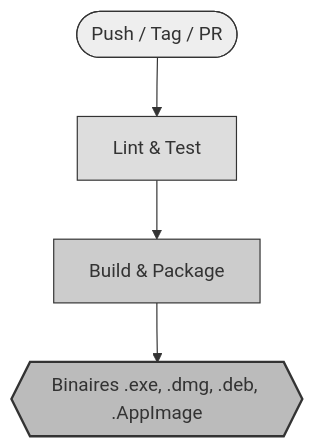
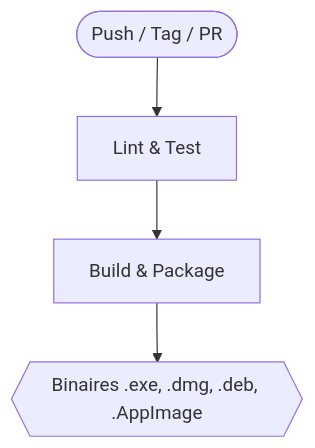
The fourth of 4 diagrams in README.md (florian-billon/voisins-connect), drawn with Mermaid before and after one commit. The commit also changed other lines of this file, not shown here.

Commit message:
docs: restore default colors for Mermaid diagrams

````diff
--- a/README.md
+++ b/README.md
@@ -537,11 +522,6 @@
 ```mermaid
 graph TD
     Trigger([Push / Tag / PR]) --> Audit[Lint & Test]
     Audit --> Build[Build & Package]
     Build --> Release{{Binaires .exe, .dmg, .deb, .AppImage}}
-
-    style Trigger fill:#eee,stroke:#333
-    style Audit fill:#ddd,stroke:#333
-    style Build fill:#ccc,stroke:#333
-    style Release fill:#bbb,stroke:#333,stroke-width:2px
 ```
````
